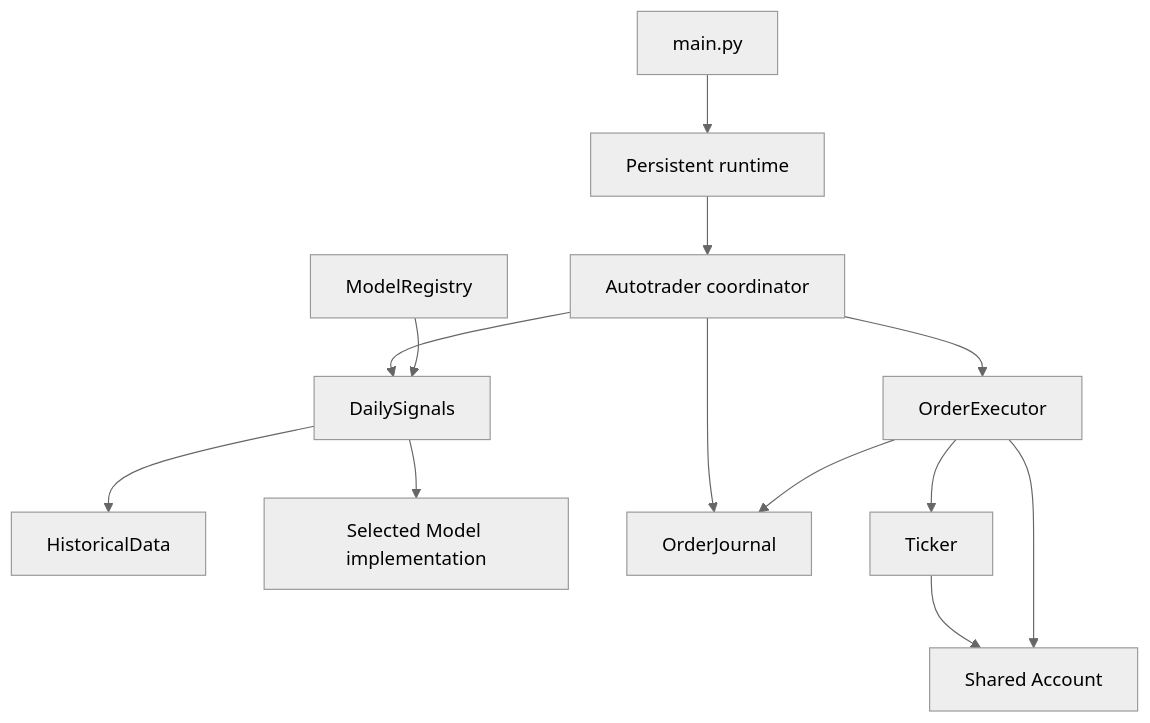
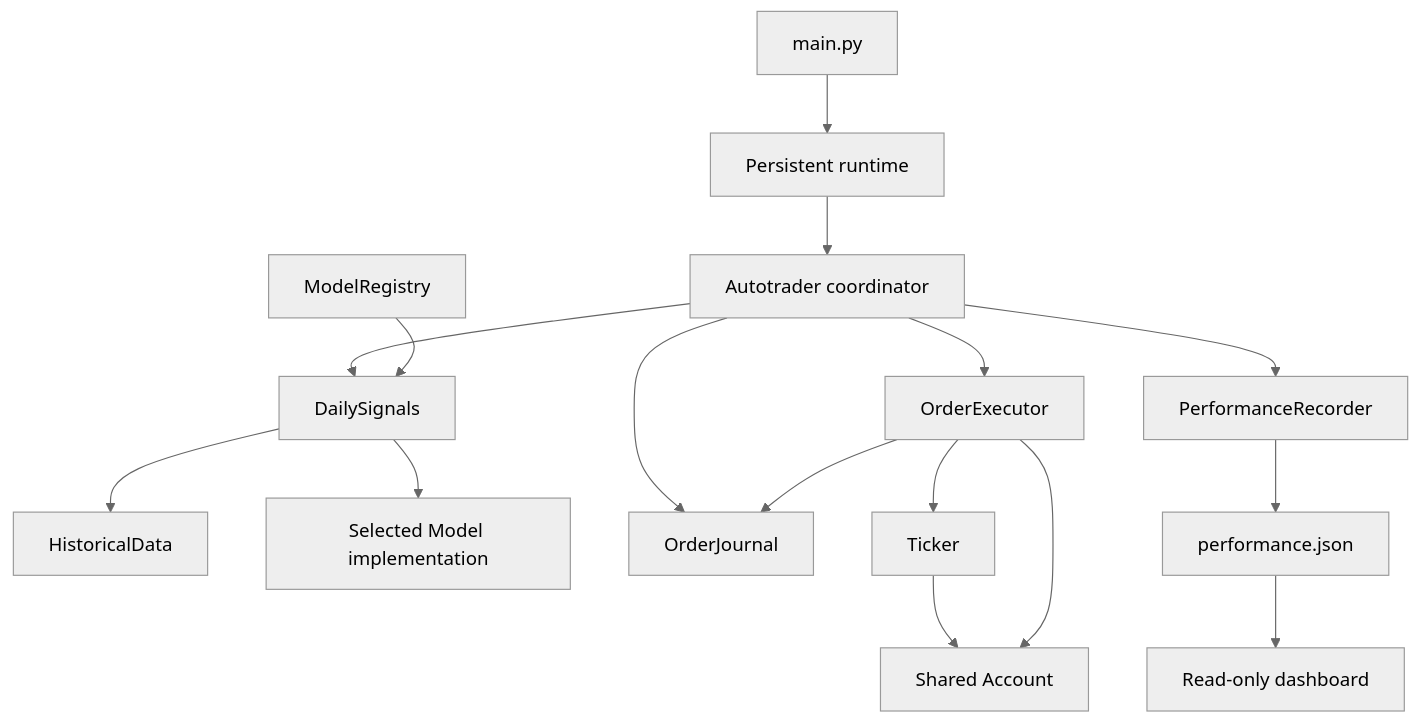
The diagram in docs/development.md (wecet/ai-based-autotrader), drawn with Mermaid (neutral theme) before and after one commit. The commit also changed other lines of this file and 9 other files, not shown here.

````diff
--- a/docs/development.md
+++ b/docs/development.md
@@ -58,15 +58,18 @@
 ```mermaid
 flowchart TD
     Main[main.py] --> Runtime[Persistent runtime]
     Runtime --> Trader[Autotrader coordinator]
     Trader --> Signals[DailySignals]
     Signals --> History[HistoricalData]
     Signals --> Model[Selected Model implementation]
     Registry[ModelRegistry] --> Signals
     Trader --> Executor[OrderExecutor]
     Trader --> Journal[OrderJournal]
+    Trader --> Performance[PerformanceRecorder]
+    Performance --> Report[performance.json]
+    Report --> Dashboard[Read-only dashboard]
     Executor --> Journal
     Executor --> Ticker[Ticker]
     Ticker --> Account[Shared Account]
     Executor --> Account
 ```
````
